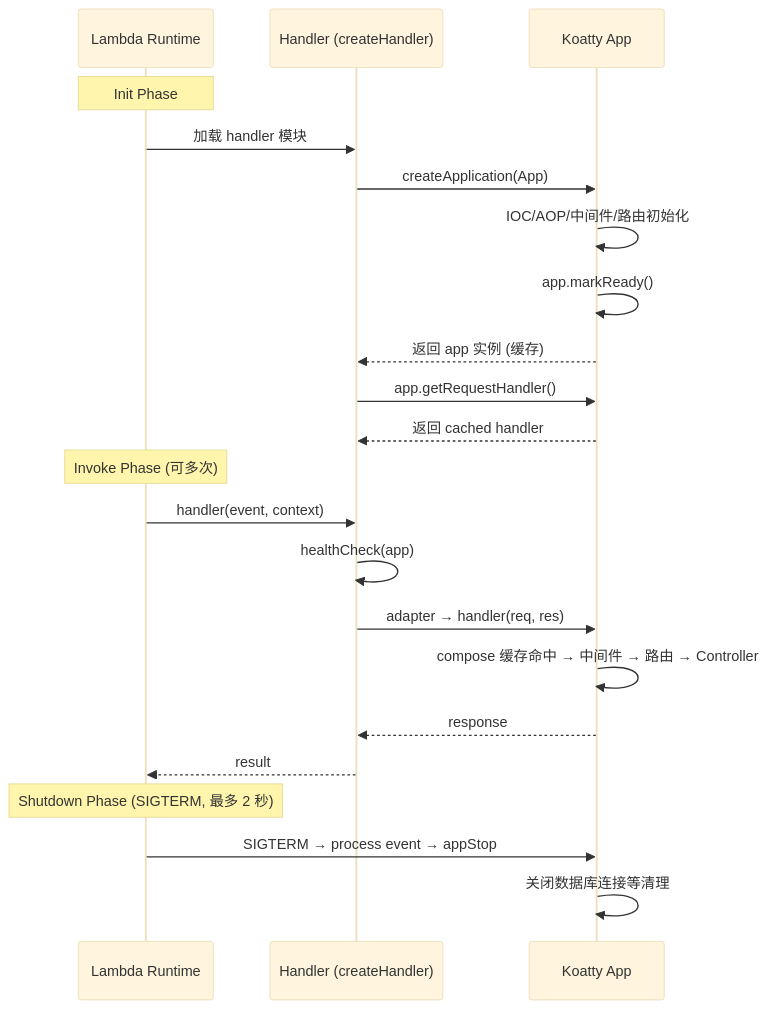
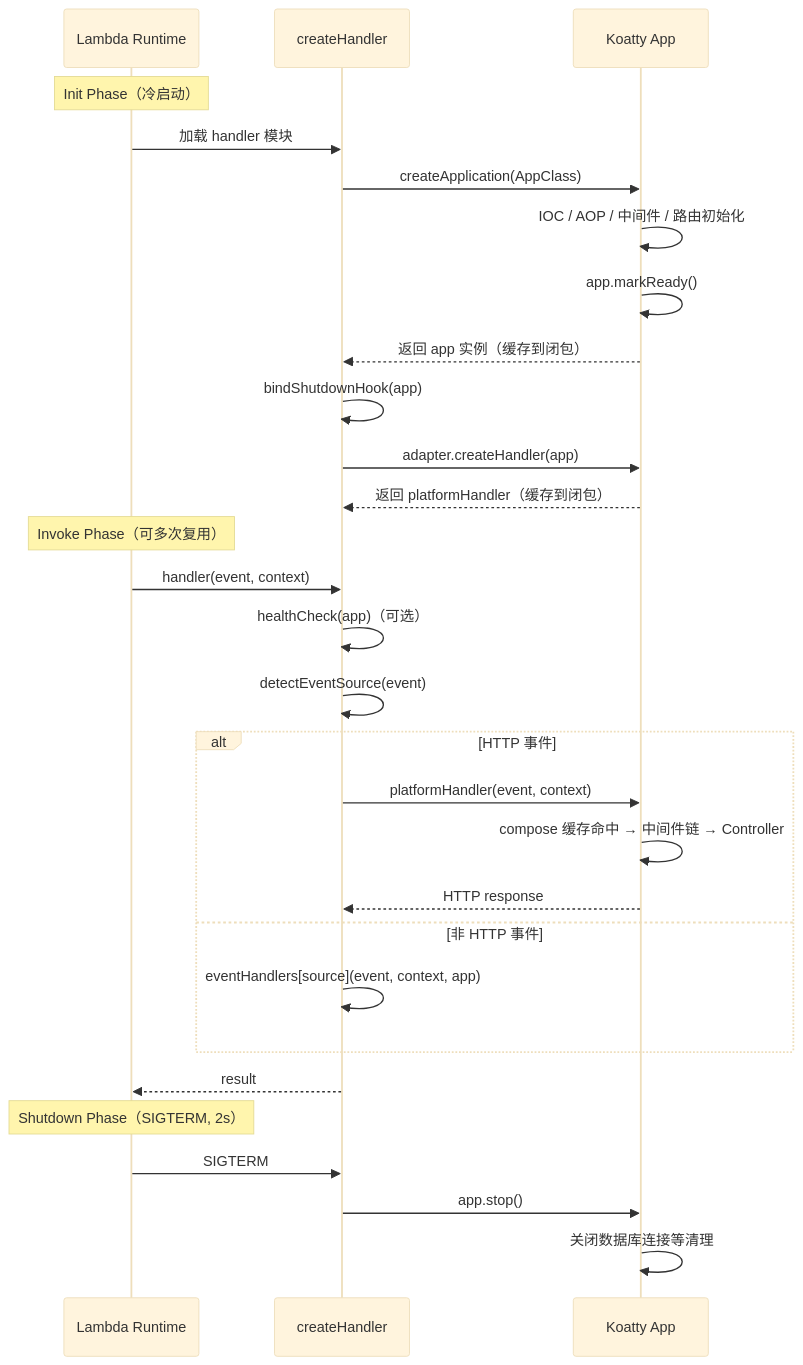
The diagram in docs/SERVERLESS_IMPLEMENTATION_PLAN.md (Koatty/koatty), drawn with Mermaid (base theme) before and after one commit. The commit also changed other lines of this file and 3 other files, not shown here.

````diff
--- a/docs/SERVERLESS_IMPLEMENTATION_PLAN.md
+++ b/docs/SERVERLESS_IMPLEMENTATION_PLAN.md
@@ -583,27 +809,34 @@
 ```mermaid
 sequenceDiagram
     participant L as Lambda Runtime
-    participant H as Handler (createHandler)
+    participant H as createHandler
     participant A as Koatty App
 
-    Note over L: Init Phase
+    Note over L: Init Phase（冷启动）
     L->>H: 加载 handler 模块
-    H->>A: createApplication(App)
-    A->>A: IOC/AOP/中间件/路由初始化
+    H->>A: createApplication(AppClass)
+    A->>A: IOC / AOP / 中间件 / 路由初始化
     A->>A: app.markReady()
-    A-->>H: 返回 app 实例 (缓存)
-    H->>A: app.getRequestHandler()
-    A-->>H: 返回 cached handler
+    A-->>H: 返回 app 实例（缓存到闭包）
+    H->>H: bindShutdownHook(app)
+    H->>A: adapter.createHandler(app)
+    A-->>H: 返回 platformHandler（缓存到闭包）
 
-    Note over L: Invoke Phase (可多次)
+    Note over L: Invoke Phase（可多次复用）
     L->>H: handler(event, context)
-    H->>H: healthCheck(app)
-    H->>A: adapter → handler(req, res)
-    A->>A: compose 缓存命中 → 中间件 → 路由 → Controller
-    A-->>H: response
+    H->>H: healthCheck(app)（可选）
+    H->>H: detectEventSource(event)
+    alt HTTP 事件
+        H->>A: platformHandler(event, context)
+        A->>A: compose 缓存命中 → 中间件链 → Controller
+        A-->>H: HTTP response
+    else 非 HTTP 事件
+        H->>H: eventHandlers[source](event, context, app)
+    end
     H-->>L: result
 
-    Note over L: Shutdown Phase (SIGTERM, 最多 2 秒)
-    L->>A: SIGTERM → process event → appStop
+    Note over L: Shutdown Phase（SIGTERM, 2s）
+    L->>H: SIGTERM
+    H->>A: app.stop()
     A->>A: 关闭数据库连接等清理
 ```
````
